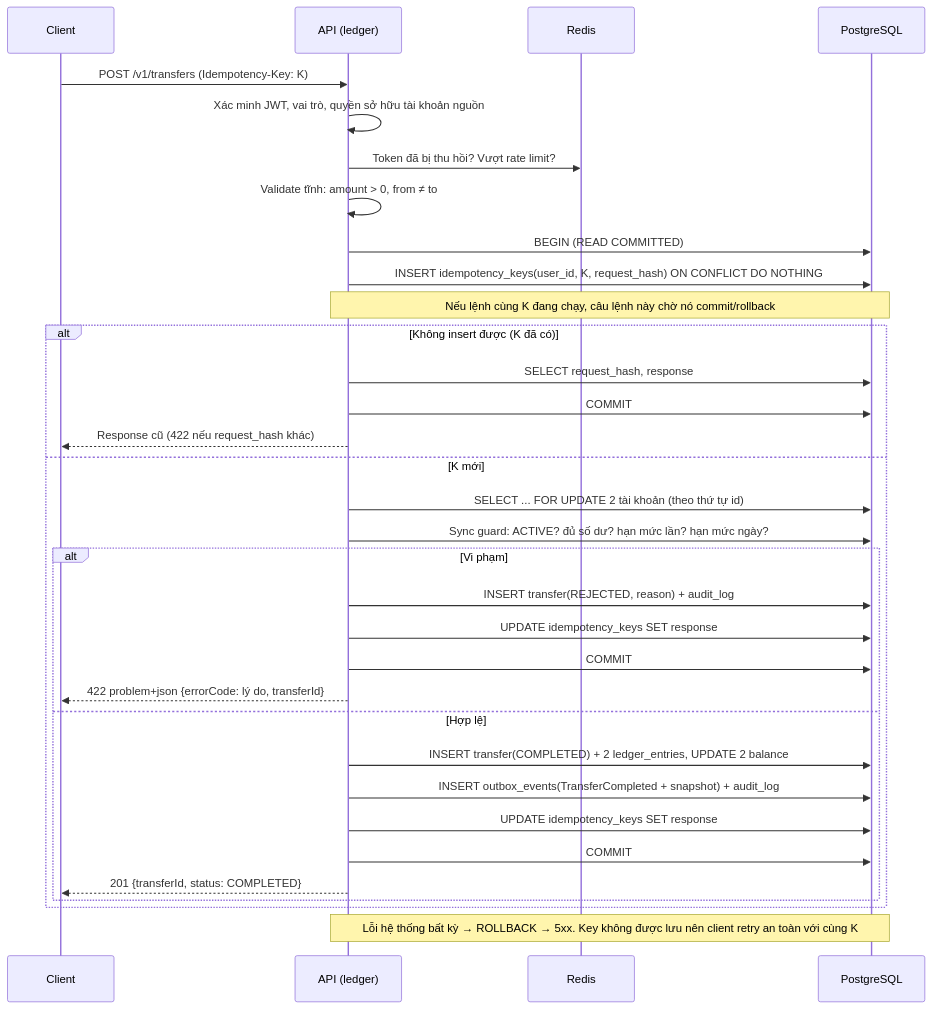
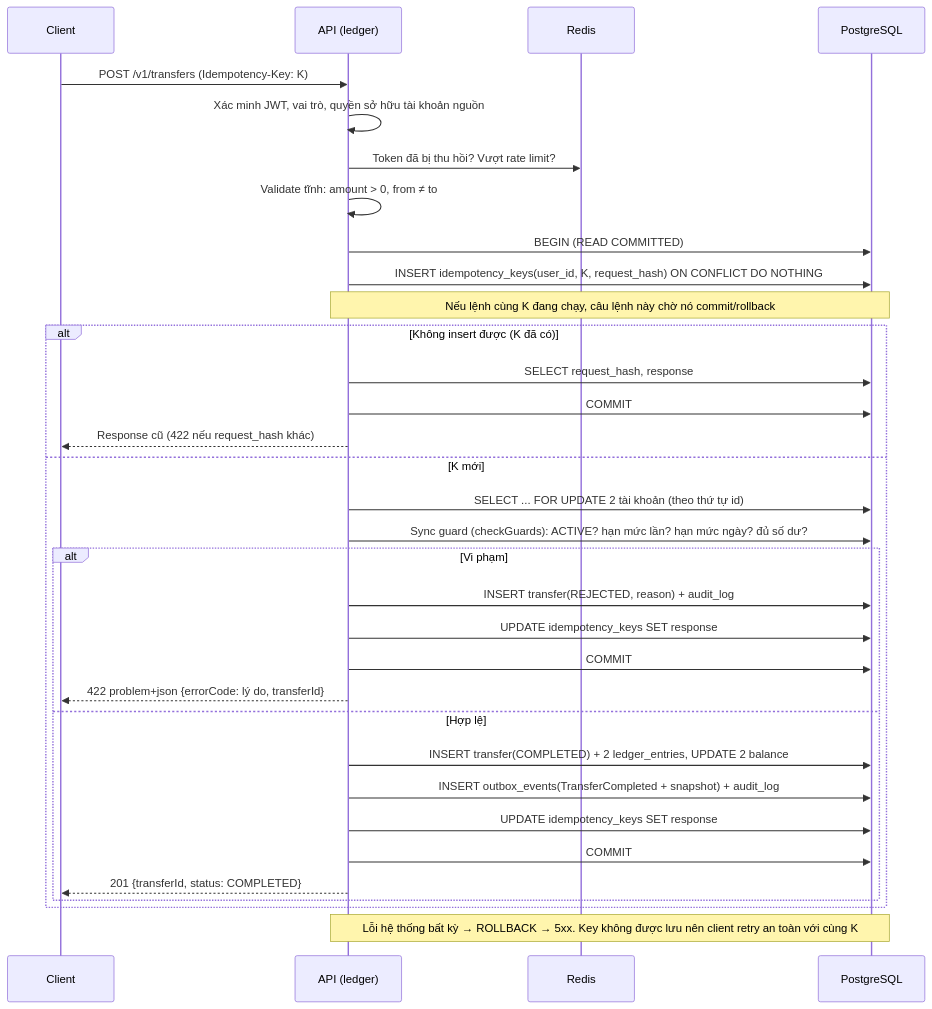
The fourth of 14 diagrams in docs/03_HIGH_LEVEL_ARCHITECTURE.md (Lawliet119/digital-banking-simulator), drawn with Mermaid before and after one commit. The commit also changed other lines of this file and 5 other files, not shown here.

````diff
--- a/docs/03_HIGH_LEVEL_ARCHITECTURE.md
+++ b/docs/03_HIGH_LEVEL_ARCHITECTURE.md
@@ -185,36 +185,36 @@
 ```mermaid
 sequenceDiagram
     participant C as Client
     participant A as API (ledger)
     participant R as Redis
     participant DB as PostgreSQL
 
     C->>A: POST /v1/transfers (Idempotency-Key: K)
     A->>A: Xác minh JWT, vai trò, quyền sở hữu tài khoản nguồn
     A->>R: Token đã bị thu hồi? Vượt rate limit?
     A->>A: Validate tĩnh: amount > 0, from ≠ to
     A->>DB: BEGIN (READ COMMITTED)
     A->>DB: INSERT idempotency_keys(user_id, K, request_hash) ON CONFLICT DO NOTHING
     Note over A,DB: Nếu lệnh cùng K đang chạy, câu lệnh này chờ nó commit/rollback
     alt Không insert được (K đã có)
         A->>DB: SELECT request_hash, response
         A->>DB: COMMIT
         A-->>C: Response cũ (422 nếu request_hash khác)
     else K mới
         A->>DB: SELECT ... FOR UPDATE 2 tài khoản (theo thứ tự id)
-        A->>DB: Sync guard: ACTIVE? đủ số dư? hạn mức lần? hạn mức ngày?
+        A->>DB: Sync guard (checkGuards): ACTIVE? hạn mức lần? hạn mức ngày? đủ số dư?
         alt Vi phạm
             A->>DB: INSERT transfer(REJECTED, reason) + audit_log
             A->>DB: UPDATE idempotency_keys SET response
             A->>DB: COMMIT
             A-->>C: 422 problem+json {errorCode: lý do, transferId}
         else Hợp lệ
             A->>DB: INSERT transfer(COMPLETED) + 2 ledger_entries, UPDATE 2 balance
             A->>DB: INSERT outbox_events(TransferCompleted + snapshot) + audit_log
             A->>DB: UPDATE idempotency_keys SET response
             A->>DB: COMMIT
             A-->>C: 201 {transferId, status: COMPLETED}
         end
     end
     Note over A,DB: Lỗi hệ thống bất kỳ → ROLLBACK → 5xx. Key không được lưu nên client retry an toàn với cùng K
 ```
````
